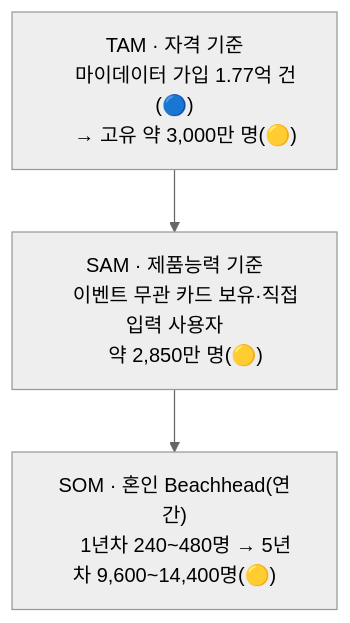
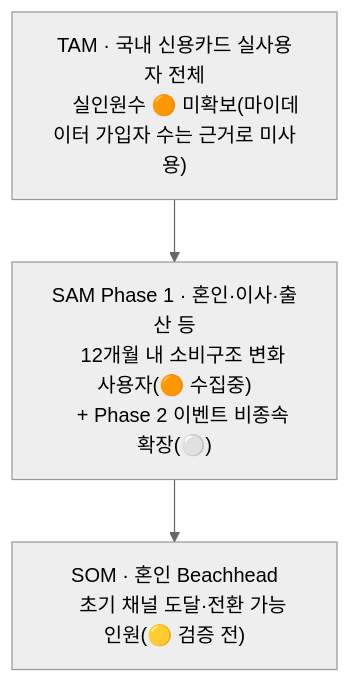
The second of 3 diagrams in 윤정/0818_1페이지 브리프.md (jennie-brain/team-project_2nd), drawn with Mermaid (neutral theme) before and after one commit. The commit also changed other lines of this file and 1 other file, not shown here.

Commit message:
Fix TAM-SAM-SOM anchor after cross-check with teammate's parallel analysis
Teammate 효진 independently reworked the same TAM-SAM-SOM section and flagged
that anchoring TAM on mydata signups contradicts the team's own MVP decision
(direct input, no mydata dependency) -- mydata usage measures a competitor's
data-access channel, not eligibility for our product. Adopt 효진's corrected
TAM definition (credit card users, not mydata registrants) and stop presenting
unvalidated SOM adoption-rate numbers as if final; point actual number-filling
to her 효진/TAM-SAM-SOM 정의 작업안.md procedure to avoid duplicate work.
Apply the same correction to the 1-page brief.

````diff
--- a/윤정/0818_1페이지 브리프.md
+++ b/윤정/0818_1페이지 브리프.md
@@ -61,12 +61,11 @@
 ```mermaid
 graph TD
-    TAM["TAM · 자격 기준
-    마이데이터 가입 1.77억 건(🔵)
-    → 고유 약 3,000만 명(🟡)"]
-    SAM["SAM · 제품능력 기준
-    이벤트 무관 카드 보유·직접입력 사용자
-    약 2,850만 명(🟡)"]
-    SOM["SOM · 혼인 Beachhead(연간)
-    1년차 240~480명 → 5년차 9,600~14,400명(🟡)"]
+    TAM["TAM · 국내 신용카드 실사용자 전체
+    실인원수 🟠 미확보(마이데이터 가입자 수는 근거로 미사용)"]
+    SAM["SAM Phase 1 · 혼인·이사·출산 등
+    12개월 내 소비구조 변화 사용자(🟠 수집중)
+    + Phase 2 이벤트 비종속 확장(⚪)"]
+    SOM["SOM · 혼인 Beachhead
+    초기 채널 도달·전환 가능 인원(🟡 검증 전)"]
     TAM --> SAM --> SOM
 ```
````
